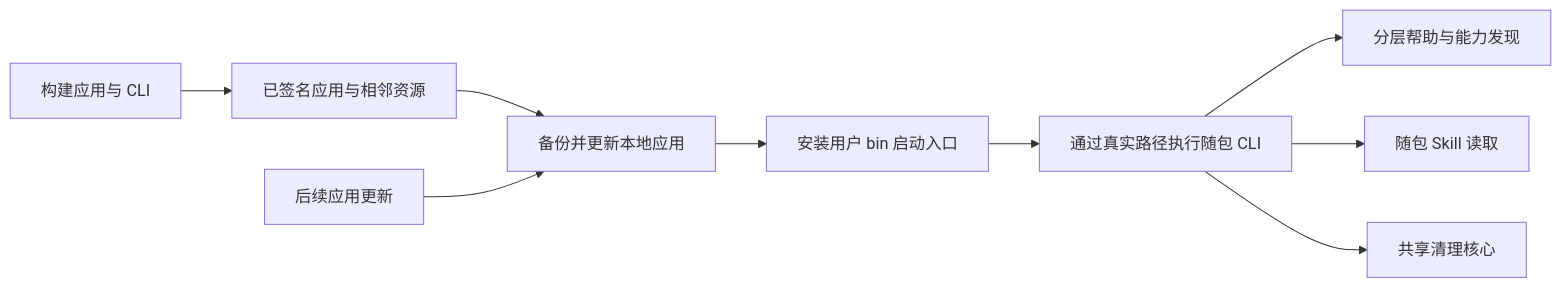
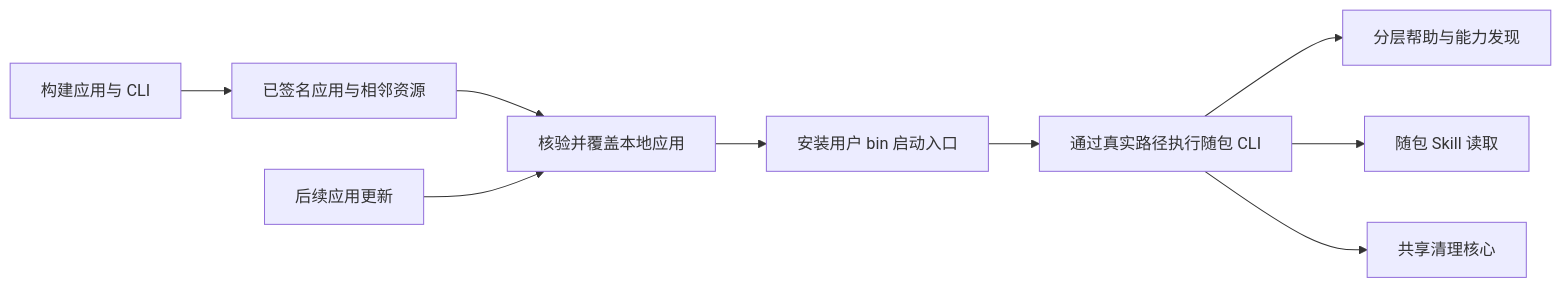
The diagram in docs/zh-CN/engineering/development.md (limecloud/shou), drawn with Mermaid before and after one commit. The commit also changed other lines of this file and 36 other files, not shown here.

````diff
--- a/docs/zh-CN/engineering/development.md
+++ b/docs/zh-CN/engineering/development.md
@@ -107,11 +107,11 @@
 ```mermaid
 flowchart LR
     Build[构建应用与 CLI] --> Package[已签名应用与相邻资源]
-    Package --> Install[备份并更新本地应用]
+    Package --> Install[核验并覆盖本地应用]
     Install --> Entry[安装用户 bin 启动入口]
     Entry --> Native[通过真实路径执行随包 CLI]
     Native --> Discovery[分层帮助与能力发现]
     Native --> Skill[随包 Skill 读取]
     Native --> Core[共享清理核心]
     Update[后续应用更新] --> Install
 ```
````
